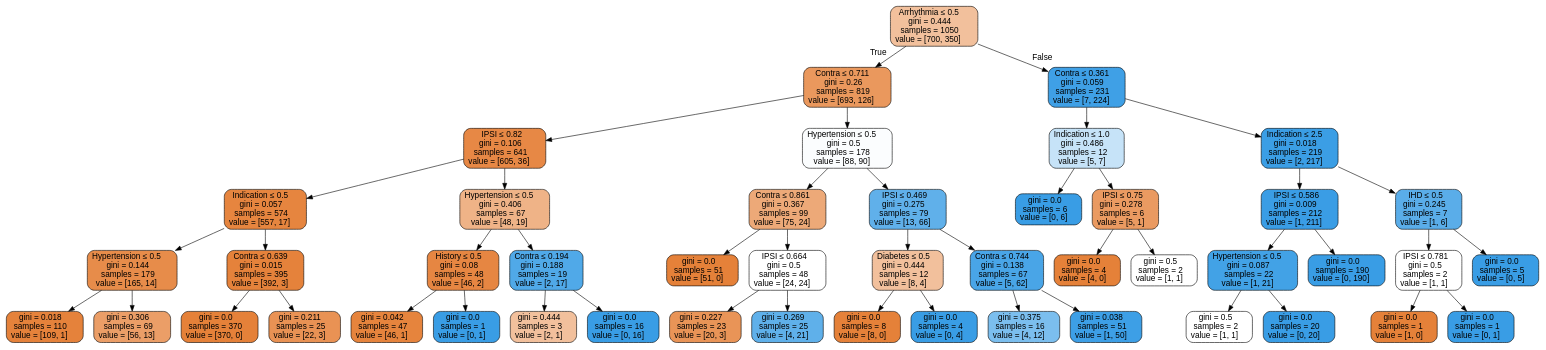
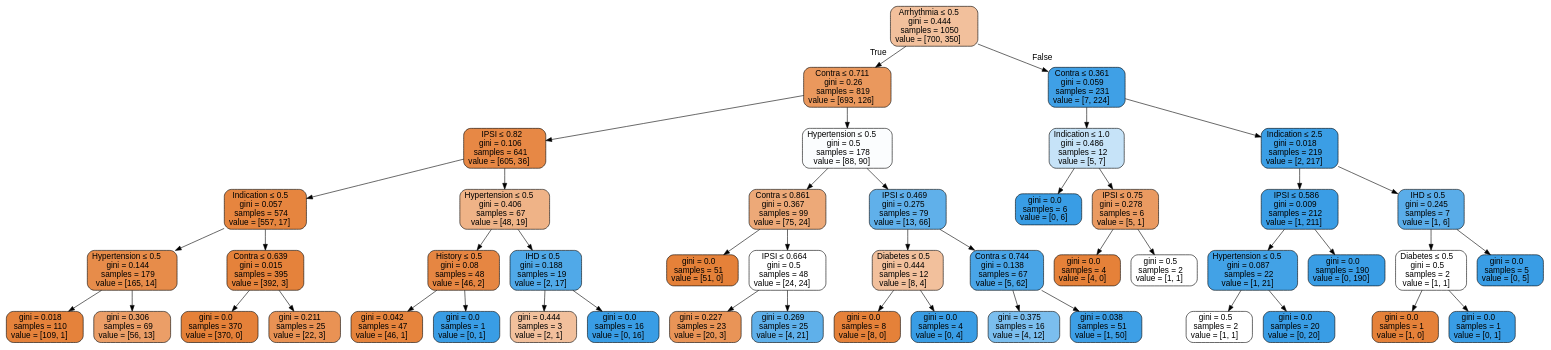
The diagram in tree.dot (bdavis9725/Medical-Data-Mining), drawn with Graphviz before and after one commit. The commit also changed 2 other files, not shown here.

```diff
--- a/tree.dot
+++ b/tree.dot
@@ -1,97 +1,97 @@
 digraph Tree {
 node [shape=box, style="filled, rounded", color="black", fontname=helvetica] ;
 edge [fontname=helvetica] ;
 0 [label=<Arrhythmia &le; 0.5<br/>gini = 0.444<br/>samples = 1050<br/>value = [700, 350]>, fillcolor="#f2c09c"] ;
 1 [label=<Contra &le; 0.711<br/>gini = 0.26<br/>samples = 819<br/>value = [693, 126]>, fillcolor="#ea985d"] ;
 0 -> 1 [labeldistance=2.5, labelangle=45, headlabel="True"] ;
 2 [label=<IPSI &le; 0.82<br/>gini = 0.106<br/>samples = 641<br/>value = [605, 36]>, fillcolor="#e78845"] ;
 1 -> 2 ;
 3 [label=<Indication &le; 0.5<br/>gini = 0.057<br/>samples = 574<br/>value = [557, 17]>, fillcolor="#e6853f"] ;
 2 -> 3 ;
 4 [label=<Hypertension &le; 0.5<br/>gini = 0.144<br/>samples = 179<br/>value = [165, 14]>, fillcolor="#e78c4a"] ;
 3 -> 4 ;
 5 [label=<gini = 0.018<br/>samples = 110<br/>value = [109, 1]>, fillcolor="#e5823b"] ;
 4 -> 5 ;
 6 [label=<gini = 0.306<br/>samples = 69<br/>value = [56, 13]>, fillcolor="#eb9e67"] ;
 4 -> 6 ;
 7 [label=<Contra &le; 0.639<br/>gini = 0.015<br/>samples = 395<br/>value = [392, 3]>, fillcolor="#e5823b"] ;
 3 -> 7 ;
 8 [label=<gini = 0.0<br/>samples = 370<br/>value = [370, 0]>, fillcolor="#e58139"] ;
 7 -> 8 ;
 9 [label=<gini = 0.211<br/>samples = 25<br/>value = [22, 3]>, fillcolor="#e99254"] ;
 7 -> 9 ;
 10 [label=<Hypertension &le; 0.5<br/>gini = 0.406<br/>samples = 67<br/>value = [48, 19]>, fillcolor="#efb387"] ;
 2 -> 10 ;
 11 [label=<History &le; 0.5<br/>gini = 0.08<br/>samples = 48<br/>value = [46, 2]>, fillcolor="#e68642"] ;
 10 -> 11 ;
 12 [label=<gini = 0.042<br/>samples = 47<br/>value = [46, 1]>, fillcolor="#e6843d"] ;
 11 -> 12 ;
 13 [label=<gini = 0.0<br/>samples = 1<br/>value = [0, 1]>, fillcolor="#399de5"] ;
 11 -> 13 ;
-14 [label=<Contra &le; 0.194<br/>gini = 0.188<br/>samples = 19<br/>value = [2, 17]>, fillcolor="#50a9e8"] ;
+14 [label=<IHD &le; 0.5<br/>gini = 0.188<br/>samples = 19<br/>value = [2, 17]>, fillcolor="#50a9e8"] ;
 10 -> 14 ;
 15 [label=<gini = 0.444<br/>samples = 3<br/>value = [2, 1]>, fillcolor="#f2c09c"] ;
 14 -> 15 ;
 16 [label=<gini = 0.0<br/>samples = 16<br/>value = [0, 16]>, fillcolor="#399de5"] ;
 14 -> 16 ;
 17 [label=<Hypertension &le; 0.5<br/>gini = 0.5<br/>samples = 178<br/>value = [88, 90]>, fillcolor="#fbfdfe"] ;
 1 -> 17 ;
 18 [label=<Contra &le; 0.861<br/>gini = 0.367<br/>samples = 99<br/>value = [75, 24]>, fillcolor="#eda978"] ;
 17 -> 18 ;
 19 [label=<gini = 0.0<br/>samples = 51<br/>value = [51, 0]>, fillcolor="#e58139"] ;
 18 -> 19 ;
 20 [label=<IPSI &le; 0.664<br/>gini = 0.5<br/>samples = 48<br/>value = [24, 24]>, fillcolor="#ffffff"] ;
 18 -> 20 ;
 21 [label=<gini = 0.227<br/>samples = 23<br/>value = [20, 3]>, fillcolor="#e99457"] ;
 20 -> 21 ;
 22 [label=<gini = 0.269<br/>samples = 25<br/>value = [4, 21]>, fillcolor="#5fb0ea"] ;
 20 -> 22 ;
 23 [label=<IPSI &le; 0.469<br/>gini = 0.275<br/>samples = 79<br/>value = [13, 66]>, fillcolor="#60b0ea"] ;
 17 -> 23 ;
 24 [label=<Diabetes &le; 0.5<br/>gini = 0.444<br/>samples = 12<br/>value = [8, 4]>, fillcolor="#f2c09c"] ;
 23 -> 24 ;
 25 [label=<gini = 0.0<br/>samples = 8<br/>value = [8, 0]>, fillcolor="#e58139"] ;
 24 -> 25 ;
 26 [label=<gini = 0.0<br/>samples = 4<br/>value = [0, 4]>, fillcolor="#399de5"] ;
 24 -> 26 ;
 27 [label=<Contra &le; 0.744<br/>gini = 0.138<br/>samples = 67<br/>value = [5, 62]>, fillcolor="#49a5e7"] ;
 23 -> 27 ;
 28 [label=<gini = 0.375<br/>samples = 16<br/>value = [4, 12]>, fillcolor="#7bbeee"] ;
 27 -> 28 ;
 29 [label=<gini = 0.038<br/>samples = 51<br/>value = [1, 50]>, fillcolor="#3d9fe6"] ;
 27 -> 29 ;
 30 [label=<Contra &le; 0.361<br/>gini = 0.059<br/>samples = 231<br/>value = [7, 224]>, fillcolor="#3fa0e6"] ;
 0 -> 30 [labeldistance=2.5, labelangle=-45, headlabel="False"] ;
 31 [label=<Indication &le; 1.0<br/>gini = 0.486<br/>samples = 12<br/>value = [5, 7]>, fillcolor="#c6e3f8"] ;
 30 -> 31 ;
 32 [label=<gini = 0.0<br/>samples = 6<br/>value = [0, 6]>, fillcolor="#399de5"] ;
 31 -> 32 ;
 33 [label=<IPSI &le; 0.75<br/>gini = 0.278<br/>samples = 6<br/>value = [5, 1]>, fillcolor="#ea9a61"] ;
 31 -> 33 ;
 34 [label=<gini = 0.0<br/>samples = 4<br/>value = [4, 0]>, fillcolor="#e58139"] ;
 33 -> 34 ;
 35 [label=<gini = 0.5<br/>samples = 2<br/>value = [1, 1]>, fillcolor="#ffffff"] ;
 33 -> 35 ;
 36 [label=<Indication &le; 2.5<br/>gini = 0.018<br/>samples = 219<br/>value = [2, 217]>, fillcolor="#3b9ee5"] ;
 30 -> 36 ;
 37 [label=<IPSI &le; 0.586<br/>gini = 0.009<br/>samples = 212<br/>value = [1, 211]>, fillcolor="#3a9de5"] ;
 36 -> 37 ;
 38 [label=<Hypertension &le; 0.5<br/>gini = 0.087<br/>samples = 22<br/>value = [1, 21]>, fillcolor="#42a2e6"] ;
 37 -> 38 ;
 39 [label=<gini = 0.5<br/>samples = 2<br/>value = [1, 1]>, fillcolor="#ffffff"] ;
 38 -> 39 ;
 40 [label=<gini = 0.0<br/>samples = 20<br/>value = [0, 20]>, fillcolor="#399de5"] ;
 38 -> 40 ;
 41 [label=<gini = 0.0<br/>samples = 190<br/>value = [0, 190]>, fillcolor="#399de5"] ;
 37 -> 41 ;
 42 [label=<IHD &le; 0.5<br/>gini = 0.245<br/>samples = 7<br/>value = [1, 6]>, fillcolor="#5aade9"] ;
 36 -> 42 ;
-43 [label=<IPSI &le; 0.781<br/>gini = 0.5<br/>samples = 2<br/>value = [1, 1]>, fillcolor="#ffffff"] ;
+43 [label=<Diabetes &le; 0.5<br/>gini = 0.5<br/>samples = 2<br/>value = [1, 1]>, fillcolor="#ffffff"] ;
 42 -> 43 ;
 44 [label=<gini = 0.0<br/>samples = 1<br/>value = [1, 0]>, fillcolor="#e58139"] ;
 43 -> 44 ;
 45 [label=<gini = 0.0<br/>samples = 1<br/>value = [0, 1]>, fillcolor="#399de5"] ;
 43 -> 45 ;
 46 [label=<gini = 0.0<br/>samples = 5<br/>value = [0, 5]>, fillcolor="#399de5"] ;
 42 -> 46 ;
 }
```
